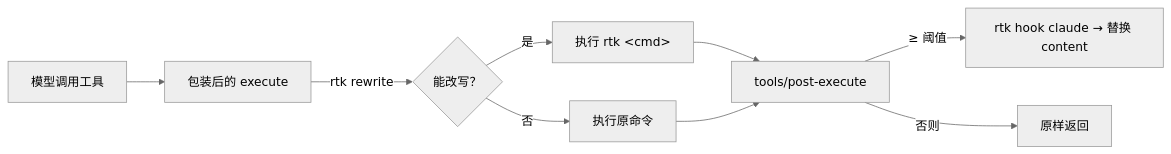
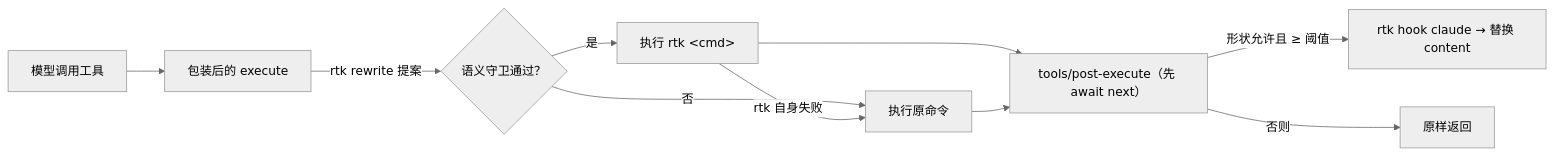
Before and after one commit to YunaAloft/dsh-rtk-workbench: the diagram in README.md, drawn with Mermaid (neutral theme). The commit also changed other lines of this file and 15 other files, not shown here.

````diff
--- a/README.md
+++ b/README.md
@@ -57,11 +70,12 @@
 ```mermaid
 flowchart LR
-  M["模型调用工具"] --> X[包装后的 execute]
-  X -->|rtk rewrite| R{"能改写？"}
+  M["模型调用工具"] --> X["包装后的 execute"]
+  X -->|"rtk rewrite 提案"| R{"语义守卫通过？"}
   R -->|是| E1["执行 rtk &lt;cmd&gt;"]
   R -->|否| E2["执行原命令"]
-  E1 --> C["tools/post-execute"]
+  E1 -->|rtk 自身失败| E2
+  E1 --> C["tools/post-execute（先 await next）"]
   E2 --> C
-  C -->|≥ 阈值| H["rtk hook claude → 替换 content"]
-  C -->|否则| I[原样返回]
+  C -->|"形状允许且 ≥ 阈值"| H["rtk hook claude → 替换 content"]
+  C -->|否则| I["原样返回"]
 ```
````
